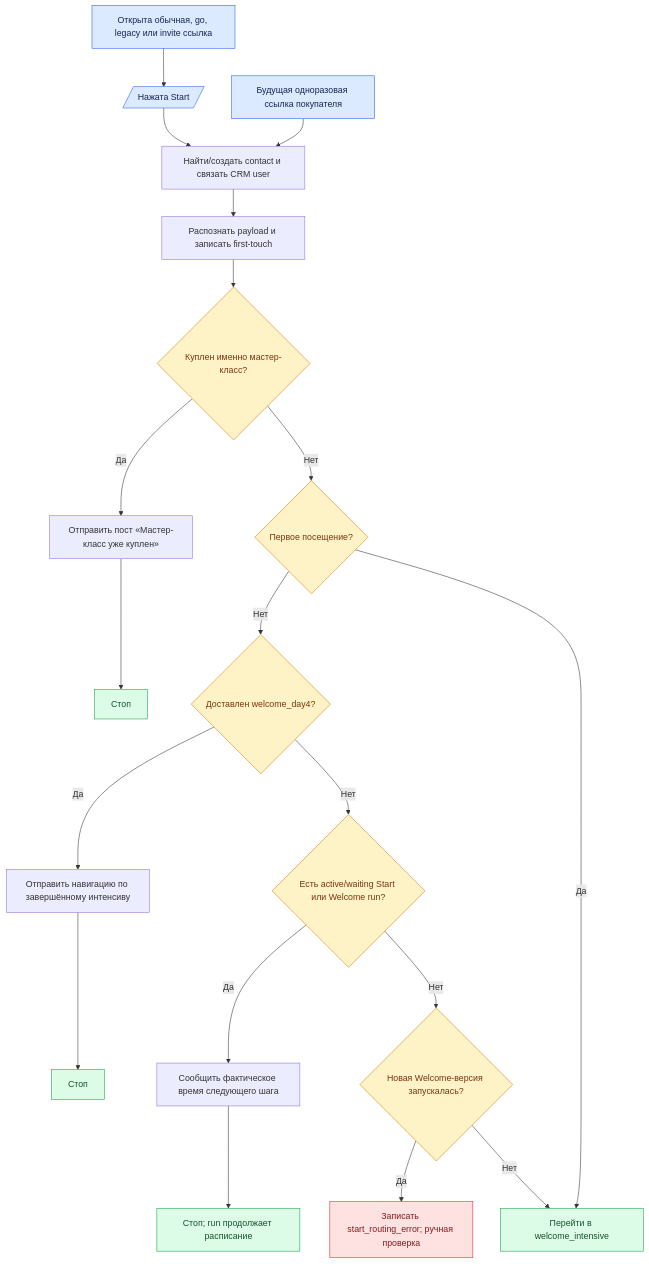
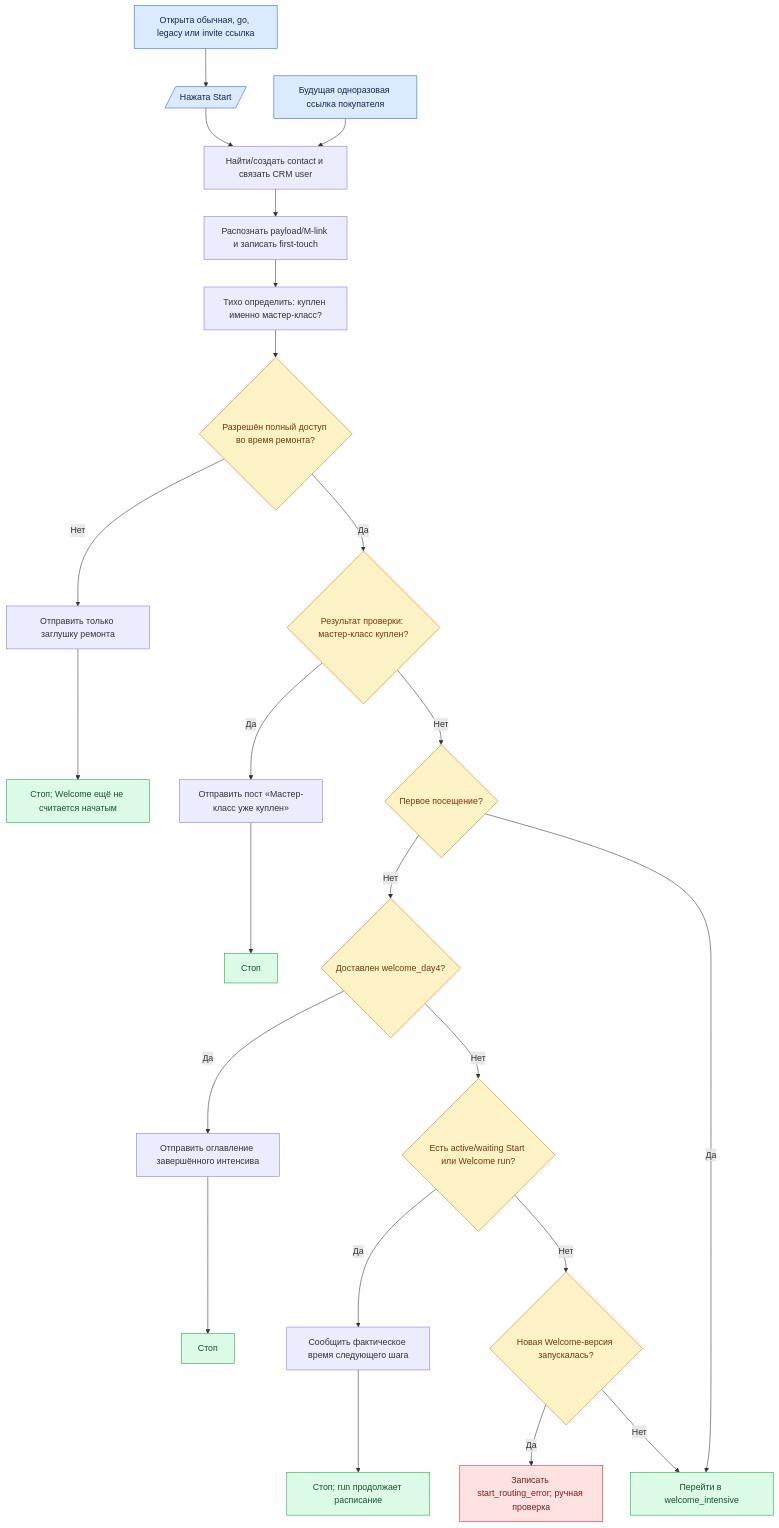
Before and after one commit to armagedongt/edabalans.ru: the diagram in docs/knowledge-base/modules/telegram/START_WELCOME_ROUTING.md, drawn with Mermaid. The commit also changed other lines of this file and 9 other files, not shown here.

````diff
--- a/docs/knowledge-base/modules/telegram/START_WELCOME_ROUTING.md
+++ b/docs/knowledge-base/modules/telegram/START_WELCOME_ROUTING.md
@@ -160,30 +183,34 @@
 ```mermaid
 flowchart TD
     L[Открыта обычная, go, legacy или invite ссылка] --> S[/Нажата Start/]
     BUYLINK[Будущая одноразовая ссылка покупателя] --> ID
     S --> ID[Найти/создать contact и связать CRM user]
-    ID --> ATTR[Распознать payload и записать first-touch]
-    ATTR --> MK{Куплен именно мастер-класс?}
+    ID --> ATTR[Распознать payload/M-link и записать first-touch]
+    ATTR --> MKFACT[Тихо определить: куплен именно мастер-класс?]
+    MKFACT --> MAINT{Разрешён полный доступ во время ремонта?}
+    MAINT -- Нет --> NOTICE[Отправить только заглушку ремонта]
+    NOTICE --> STOP0[Стоп; Welcome ещё не считается начатым]
+    MAINT -- Да --> MK{Результат проверки: мастер-класс куплен?}
     MK -- Да --> MB[Отправить пост «Мастер-класс уже куплен»]
     MB --> STOP1[Стоп]
     MK -- Нет --> FIRST{Первое посещение?}
     FIRST -- Нет --> D4{Доставлен welcome_day4?}
-    D4 -- Да --> COMPLETE[Отправить навигацию по завершённому интенсиву]
+    D4 -- Да --> COMPLETE[Отправить оглавление завершённого интенсива]
     COMPLETE --> STOP2[Стоп]
     D4 -- Нет --> RUN{Есть active/waiting Start или Welcome run?}
     RUN -- Да --> WAIT[Сообщить фактическое время следующего шага]
     WAIT --> STOP3[Стоп; run продолжает расписание]
     RUN -- Нет --> EVER{Новая Welcome-версия запускалась?}
     EVER -- Да --> ERR[Записать start_routing_error; ручная проверка]
     FIRST -- Да --> WELCOME[Перейти в welcome_intensive]
     EVER -- Нет --> WELCOME
 
     classDef entry fill:#dbeafe,stroke:#2563eb,color:#172554;
     classDef exit fill:#dcfce7,stroke:#16a34a,color:#14532d;
     classDef error fill:#fee2e2,stroke:#dc2626,color:#7f1d1d;
     classDef condition fill:#fef3c7,stroke:#d97706,color:#78350f;
     class L,S,BUYLINK entry;
-    class WELCOME,STOP1,STOP2,STOP3 exit;
+    class WELCOME,STOP0,STOP1,STOP2,STOP3 exit;
     class ERR error;
-    class MK,FIRST,D4,RUN,EVER,SUB condition;
+    class MAINT,MK,FIRST,D4,RUN,EVER condition;
 ```
````
